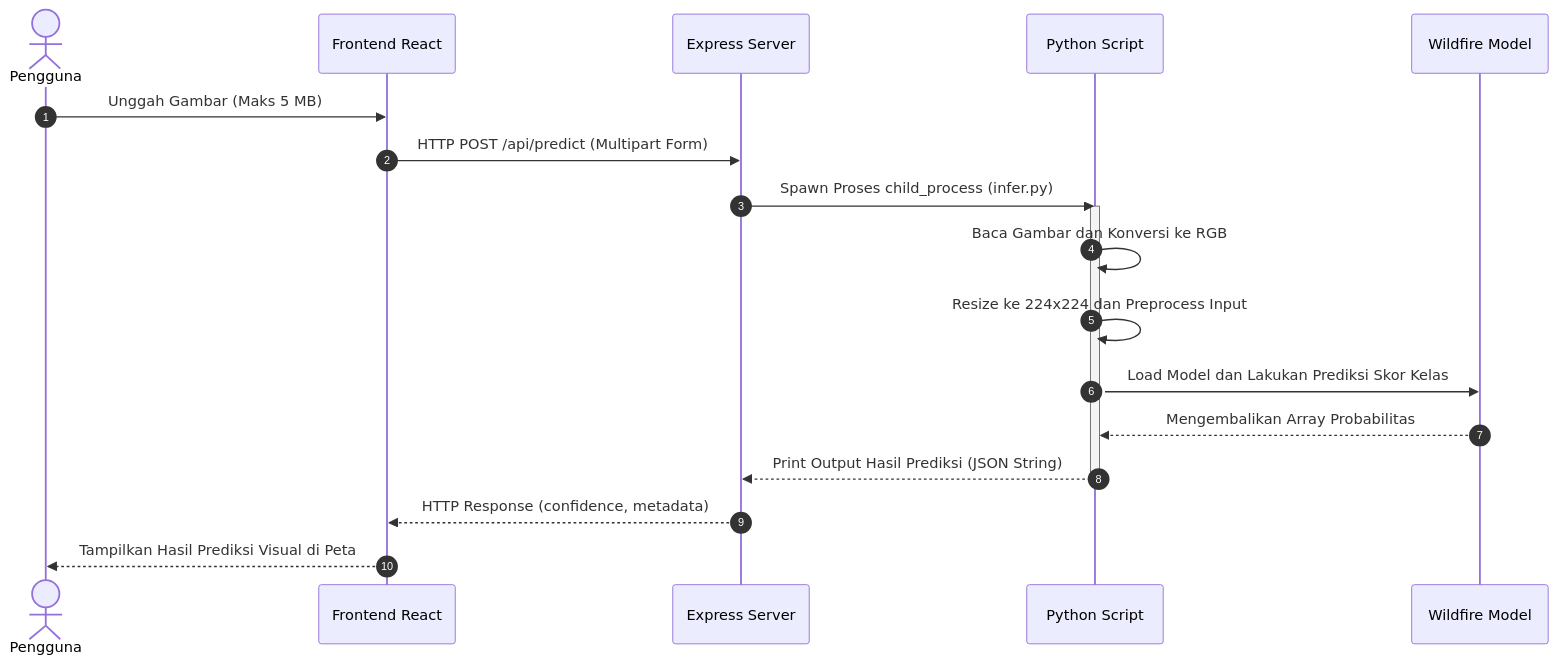
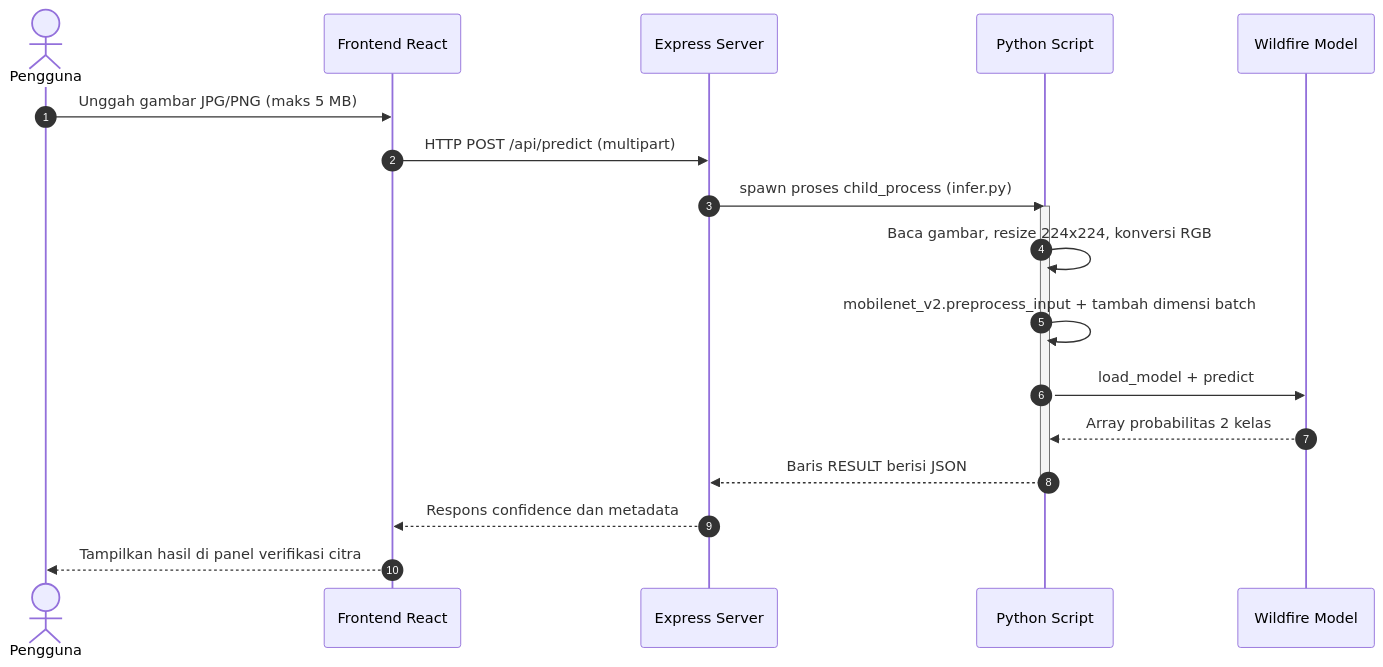
Before and after one commit to hissyam90/kalimantan-wildfire-hotspot-detection: the fourth of 4 diagrams in docs/MODEL_TRAINING.md, drawn with Mermaid. The commit also changed other lines of this file and 3 other files, not shown here.

````diff
--- a/docs/MODEL_TRAINING.md
+++ b/docs/MODEL_TRAINING.md
@@ -170,22 +301,22 @@
 ```mermaid
 sequenceDiagram
     autonumber
     actor User as Pengguna
     participant FE as Frontend React
     participant BE as Express Server
     participant PY as Python Script
     participant MD as Wildfire Model
 
-    User->>FE: Unggah Gambar (Maks 5 MB)
-    FE->>BE: HTTP POST /api/predict (Multipart Form)
-    BE->>PY: Spawn Proses child_process (infer.py)
+    User->>FE: Unggah gambar JPG/PNG (maks 5 MB)
+    FE->>BE: HTTP POST /api/predict (multipart)
+    BE->>PY: spawn proses child_process (infer.py)
     activate PY
-    PY->>PY: Baca Gambar dan Konversi ke RGB
-    PY->>PY: Resize ke 224x224 dan Preprocess Input
-    PY->>MD: Load Model dan Lakukan Prediksi Skor Kelas
-    MD-->>PY: Mengembalikan Array Probabilitas
-    PY-->>BE: Print Output Hasil Prediksi (JSON String)
+    PY->>PY: Baca gambar, resize 224x224, konversi RGB
+    PY->>PY: mobilenet_v2.preprocess_input + tambah dimensi batch
+    PY->>MD: load_model + predict
+    MD-->>PY: Array probabilitas 2 kelas
+    PY-->>BE: Baris RESULT berisi JSON
     deactivate PY
-    BE-->>FE: HTTP Response (confidence, metadata)
-    FE-->>User: Tampilkan Hasil Prediksi Visual di Peta
+    BE-->>FE: Respons confidence dan metadata
+    FE-->>User: Tampilkan hasil di panel verifikasi citra
 ```
````
